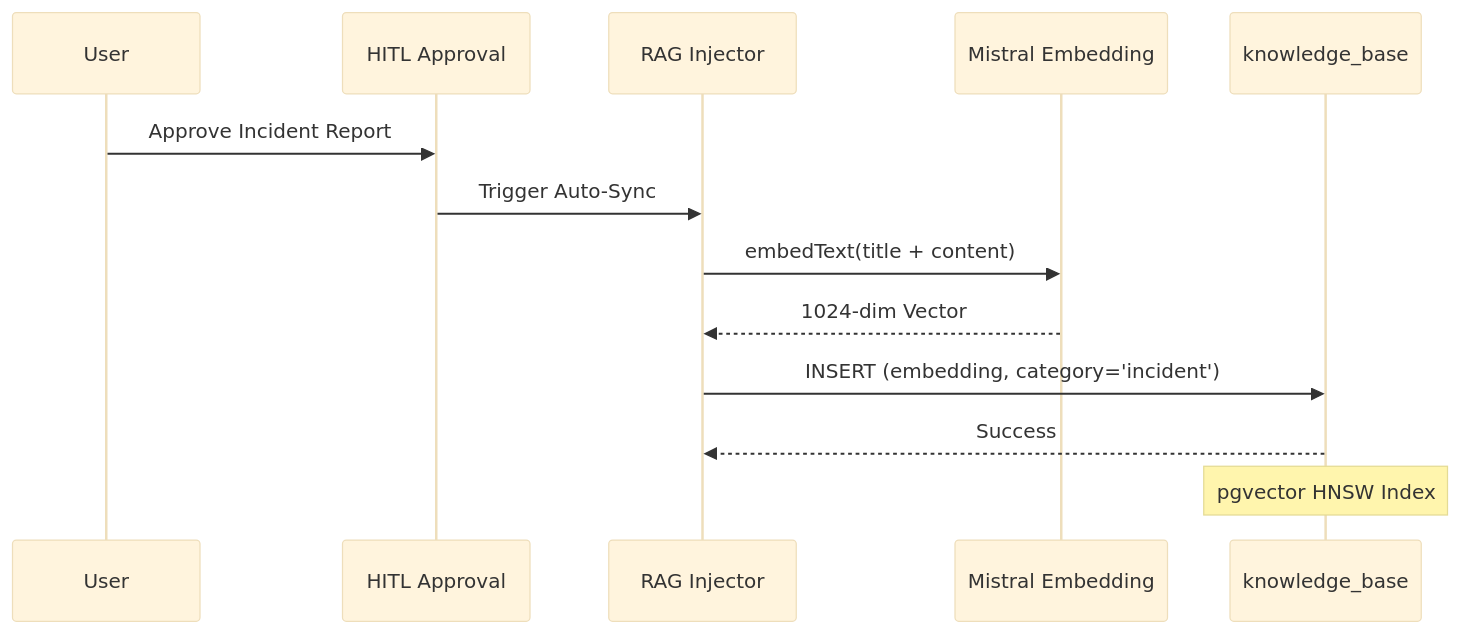
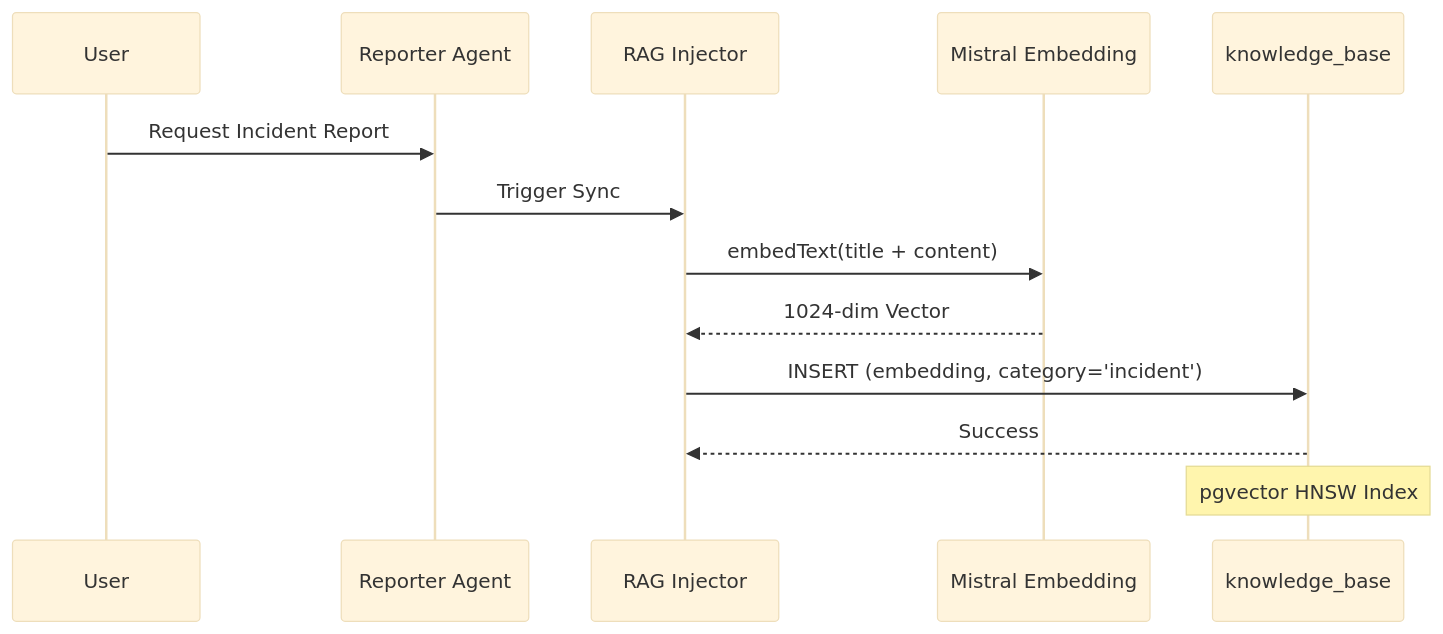
One commit to skyasu2/openmanager-vibe-v5 changed the third of 4 diagrams in docs/reference/architecture/ai/ai-engine-architecture.md. Above: the diagram before and after it, drawn with Mermaid (base theme). The commit also changed other lines of this file and 8 other files, not shown here.

````diff
--- a/docs/reference/architecture/ai/ai-engine-architecture.md
+++ b/docs/reference/architecture/ai/ai-engine-architecture.md
@@ -383,16 +362,16 @@
 ```mermaid
 sequenceDiagram
     participant User
-    participant HITL as HITL Approval
+    participant Reporter as Reporter Agent
     participant Injector as RAG Injector
     participant Mistral as Mistral Embedding
     participant KB as knowledge_base
 
-    User->>HITL: Approve Incident Report
-    HITL->>Injector: Trigger Auto-Sync
+    User->>Reporter: Request Incident Report
+    Reporter->>Injector: Trigger Sync
     Injector->>Mistral: embedText(title + content)
     Mistral-->>Injector: 1024-dim Vector
     Injector->>KB: INSERT (embedding, category='incident')
     KB-->>Injector: Success
     Note over KB: pgvector HNSW Index
 ```
````
